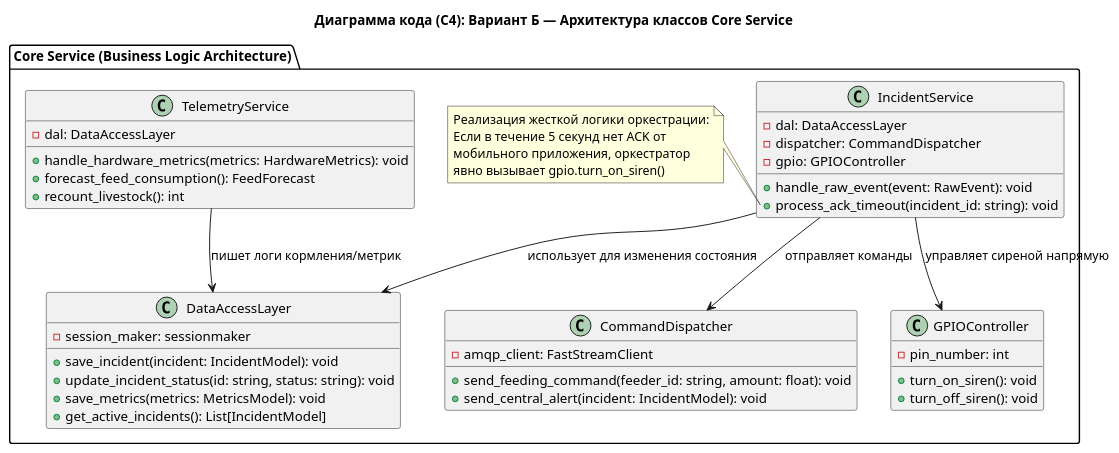
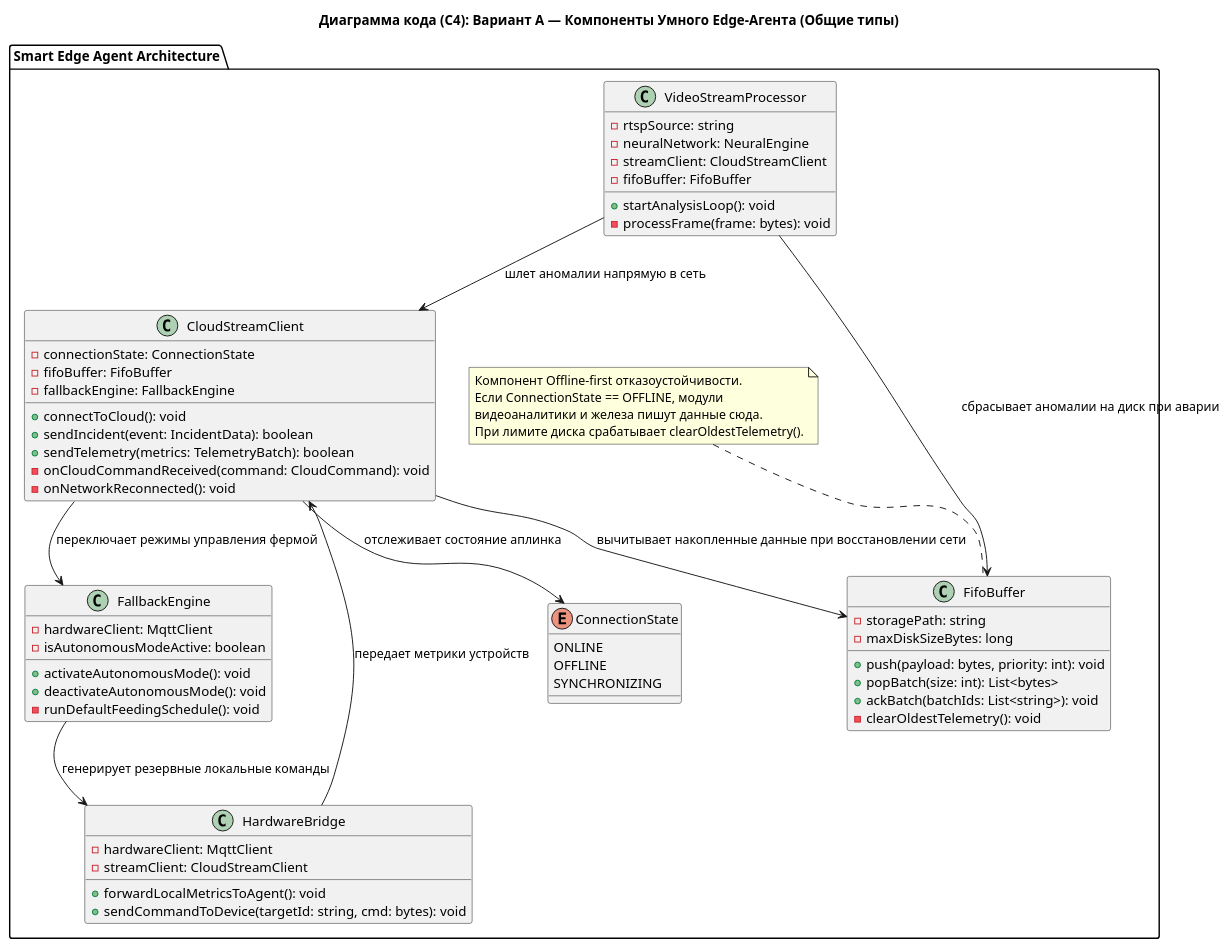
One commit to daelin44/MSA-AgroTech changed the diagram in task3/code_alternative.puml. Above: the diagram before and after it, drawn with PlantUML. The commit also changed 4 other files, not shown here.

```diff
--- a/task3/code_alternative.puml
+++ b/task3/code_alternative.puml
@@ -1,56 +1,73 @@
-@startuml Архитектура_АгроТех_C4_Оркестрация_Код
+@startuml Архитектура_АгроTech_C4_API_First_Generic_Код
 
-title Диаграмма кода (C4): Вариант Б — Архитектура классов Core Service
+title Диаграмма кода (C4): Вариант А — Компоненты Умного Edge-Агента (Общие типы)
 
-package "Core Service (Business Logic Architecture)" {
+package "Smart Edge Agent Architecture" {
 
-    class IncidentService {
-        - dal: DataAccessLayer
-        - dispatcher: CommandDispatcher
-        - gpio: GPIOController
-        + handle_raw_event(event: RawEvent): void
-        + process_ack_timeout(incident_id: string): void
+    enum ConnectionState {
+        ONLINE
+        OFFLINE
+        SYNCHRONIZING
     }
 
-    class TelemetryService {
-        - dal: DataAccessLayer
-        + handle_hardware_metrics(metrics: HardwareMetrics): void
-        + forecast_feed_consumption(): FeedForecast
-        + recount_livestock(): int
+    class CloudStreamClient {
+        - connectionState: ConnectionState
+        - fifoBuffer: FifoBuffer
+        - fallbackEngine: FallbackEngine
+        + connectToCloud(): void
+        + sendIncident(event: IncidentData): boolean
+        + sendTelemetry(metrics: TelemetryBatch): boolean
+        - onCloudCommandReceived(command: CloudCommand): void
+        - onNetworkReconnected(): void
     }
 
-    class DataAccessLayer {
-        - session_maker: sessionmaker
-        + save_incident(incident: IncidentModel): void
-        + update_incident_status(id: string, status: string): void
-        + save_metrics(metrics: MetricsModel): void
-        + get_active_incidents(): List[IncidentModel]
+    class FifoBuffer {
+        - storagePath: string
+        - maxDiskSizeBytes: long
+        + push(payload: bytes, priority: int): void
+        + popBatch(size: int): List<bytes>
+        + ackBatch(batchIds: List<string>): void
+        - clearOldestTelemetry(): void
     }
 
-    class CommandDispatcher {
-        - amqp_client: FastStreamClient
-        + send_feeding_command(feeder_id: string, amount: float): void
-        + send_central_alert(incident: IncidentModel): void
+    class VideoStreamProcessor {
+        - rtspSource: string
+        - neuralNetwork: NeuralEngine
+        - streamClient: CloudStreamClient
+        - fifoBuffer: FifoBuffer
+        + startAnalysisLoop(): void
+        - processFrame(frame: bytes): void
     }
 
-    class GPIOController {
-        - pin_number: int
-        + turn_on_siren(): void
-        + turn_off_siren(): void
+    class FallbackEngine {
+        - hardwareClient: MqttClient
+        - isAutonomousModeActive: boolean
+        + activateAutonomousMode(): void
+        + deactivateAutonomousMode(): void
+        - runDefaultFeedingSchedule(): void
     }
-    
-    note left of IncidentService::process_ack_timeout
-        Реализация жесткой логики оркестрации:
-        Если в течение 5 секунд нет ACK от 
-        мобильного приложения, оркестратор 
-        явно вызывает gpio.turn_on_siren()
+
+    class HardwareBridge {
+        - hardwareClient: MqttClient
+        - streamClient: CloudStreamClient
+        + forwardLocalMetricsToAgent(): void
+        + sendCommandToDevice(targetId: string, cmd: bytes): void
+    }
+
+    note top of FifoBuffer
+        Компонент Offline-first отказоустойчивости.
+        Если ConnectionState == OFFLINE, модули
+        видеоаналитики и железа пишут данные сюда.
+        При лимите диска срабатывает clearOldestTelemetry().
     end note
 
-    IncidentService --> DataAccessLayer : использует для изменения состояния
-    IncidentService --> CommandDispatcher : отправляет команды
-    IncidentService --> GPIOController : управляет сиреной напрямую
-    
-    TelemetryService --> DataAccessLayer : пишет логи кормления/метрик
+    CloudStreamClient --> ConnectionState : отслеживает состояние аплинка
+    CloudStreamClient --> FifoBuffer : вычитывает накопленные данные при восстановлении сети
+    CloudStreamClient --> FallbackEngine : переключает режимы управления фермой
+    VideoStreamProcessor --> CloudStreamClient : шлет аномалии напрямую в сеть
+    VideoStreamProcessor --> FifoBuffer : сбрасывает аномалии на диск при аварии
+    HardwareBridge --> CloudStreamClient : передает метрики устройств
+    FallbackEngine --> HardwareBridge : генерирует резервные локальные команды
 }
 
 @enduml
```
